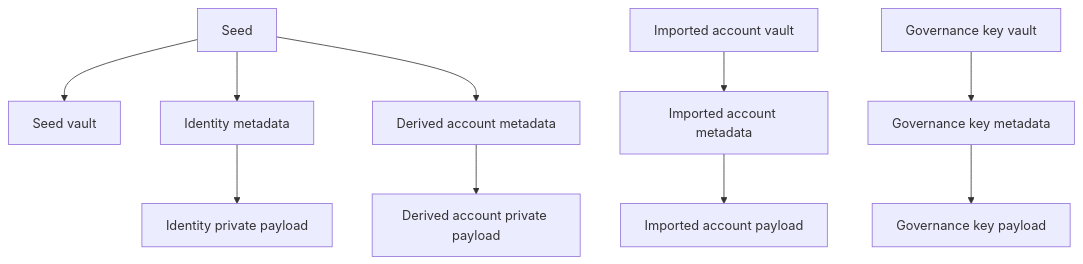
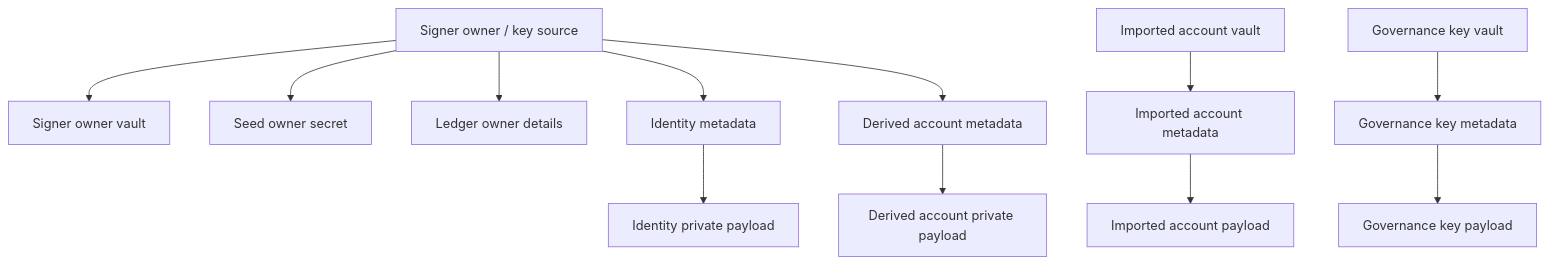
One commit to soerenbf/ccd-wallet-cli changed the second of 2 diagrams in docs/db-structure.md. Above: the diagram before and after it, drawn with Mermaid. The commit also changed other lines of this file and 42 other files, not shown here.

````diff
--- a/docs/db-structure.md
+++ b/docs/db-structure.md
@@ -157,24 +184,28 @@
 ```mermaid
 flowchart TD
-    Seed[Seed]
-    SeedVault[Seed vault]
+    Owner[Signer owner / key source]
+    OwnerVault[Signer owner vault]
+    SeedSecret[Seed owner secret]
+    LedgerDetails[Ledger owner details]
     Identity[Identity metadata]
     IdentityPayload[Identity private payload]
     DerivedAccount[Derived account metadata]
     DerivedPayload[Derived account private payload]
 
     ImportedVault[Imported account vault]
     ImportedAccount[Imported account metadata]
     ImportedPayload[Imported account payload]
 
     GovernanceVault[Governance key vault]
     GovernanceKey[Governance key metadata]
     GovernancePayload[Governance key payload]
 
-    Seed --> SeedVault
-    Seed --> Identity --> IdentityPayload
-    Seed --> DerivedAccount --> DerivedPayload
+    Owner --> OwnerVault
+    Owner --> SeedSecret
+    Owner --> LedgerDetails
+    Owner --> Identity --> IdentityPayload
+    Owner --> DerivedAccount --> DerivedPayload
 
     ImportedVault --> ImportedAccount --> ImportedPayload
     GovernanceVault --> GovernanceKey --> GovernancePayload
 ```
````
